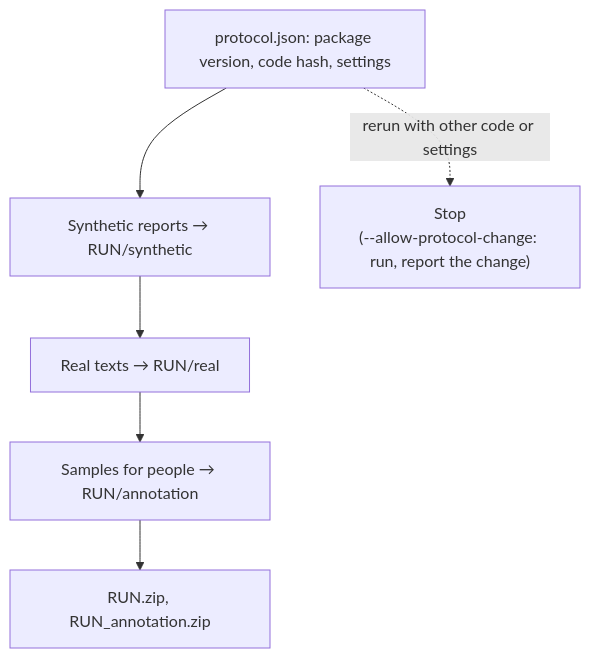
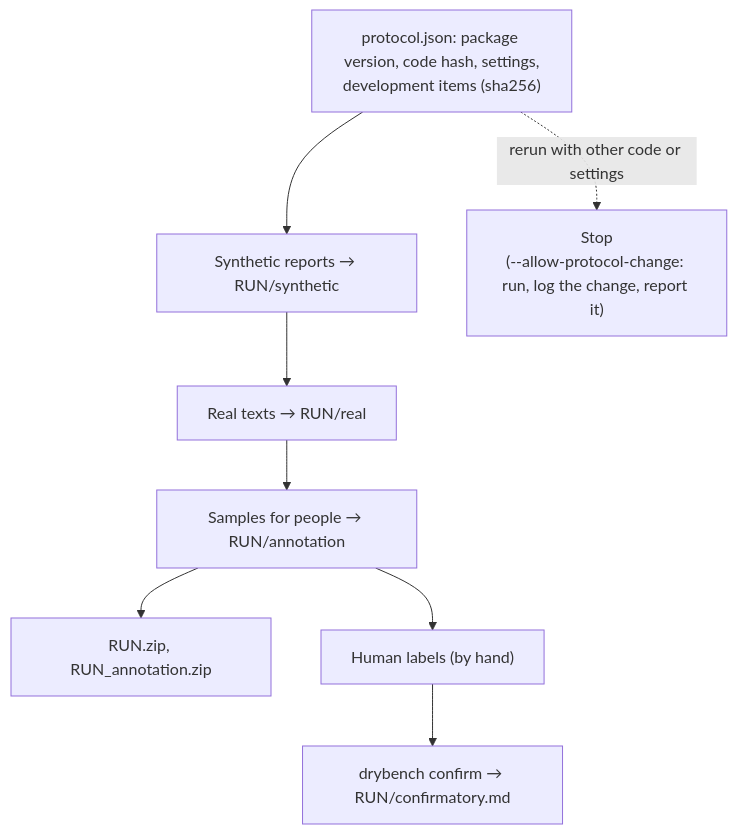
Before and after one commit to DanielVyazhev/llm-water-map: the second of 2 diagrams in docs/PROTOCOL.md, drawn with Mermaid. The commit also changed other lines of this file and 72 other files, not shown here.

First line of the commit message:
v1.2.0: fixes after review, confirmatory tests, protocol for registration

````diff
--- a/docs/PROTOCOL.md
+++ b/docs/PROTOCOL.md
@@ -27,8 +35,10 @@
 ```mermaid
 flowchart TD
-    P["protocol.json: package version, code hash, settings"] --> S["Synthetic reports → RUN/synthetic"]
+    P["protocol.json: package version, code hash, settings,<br>development items (sha256)"] --> S["Synthetic reports → RUN/synthetic"]
     S --> R["Real texts → RUN/real"]
     R --> A["Samples for people → RUN/annotation"]
     A --> Z["RUN.zip, RUN_annotation.zip"]
-    P -.->|"rerun with other code or settings"| X["Stop<br>(--allow-protocol-change: run, report the change)"]
+    A --> L["Human labels (by hand)"]
+    L --> T["drybench confirm → RUN/confirmatory.md"]
+    P -.->|"rerun with other code or settings"| X["Stop<br>(--allow-protocol-change: run, log the change, report it)"]
 ```
````
